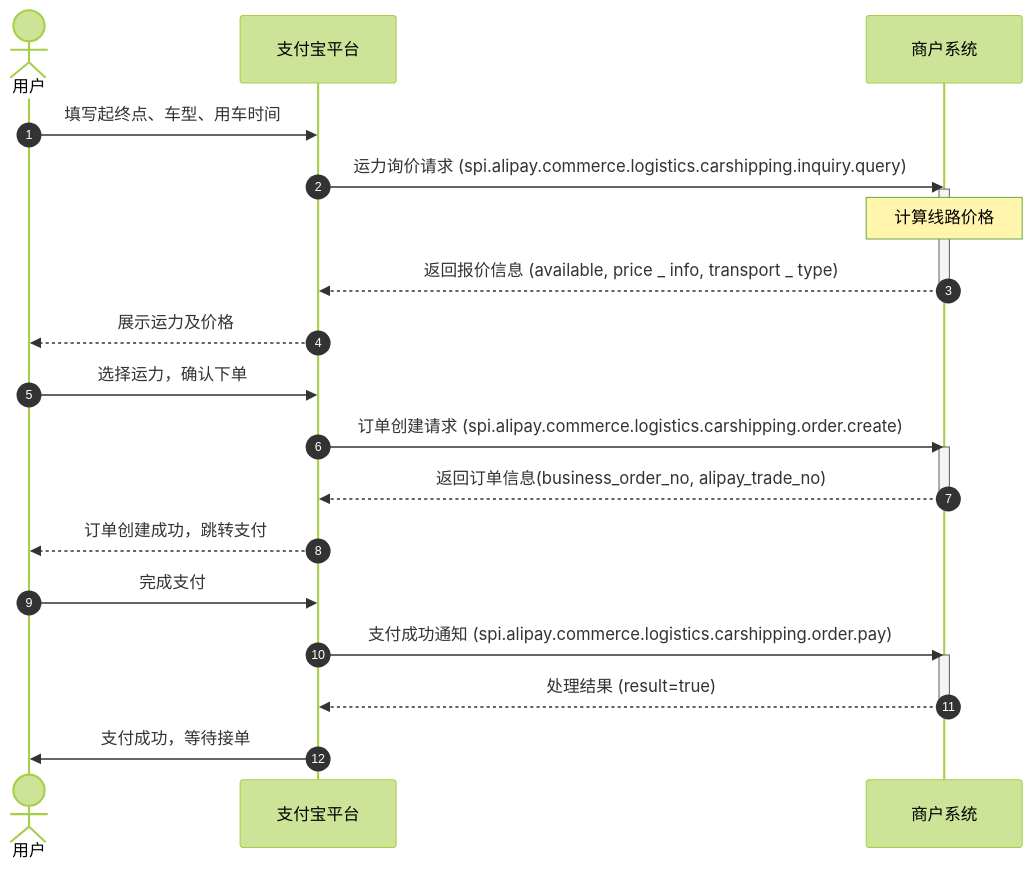
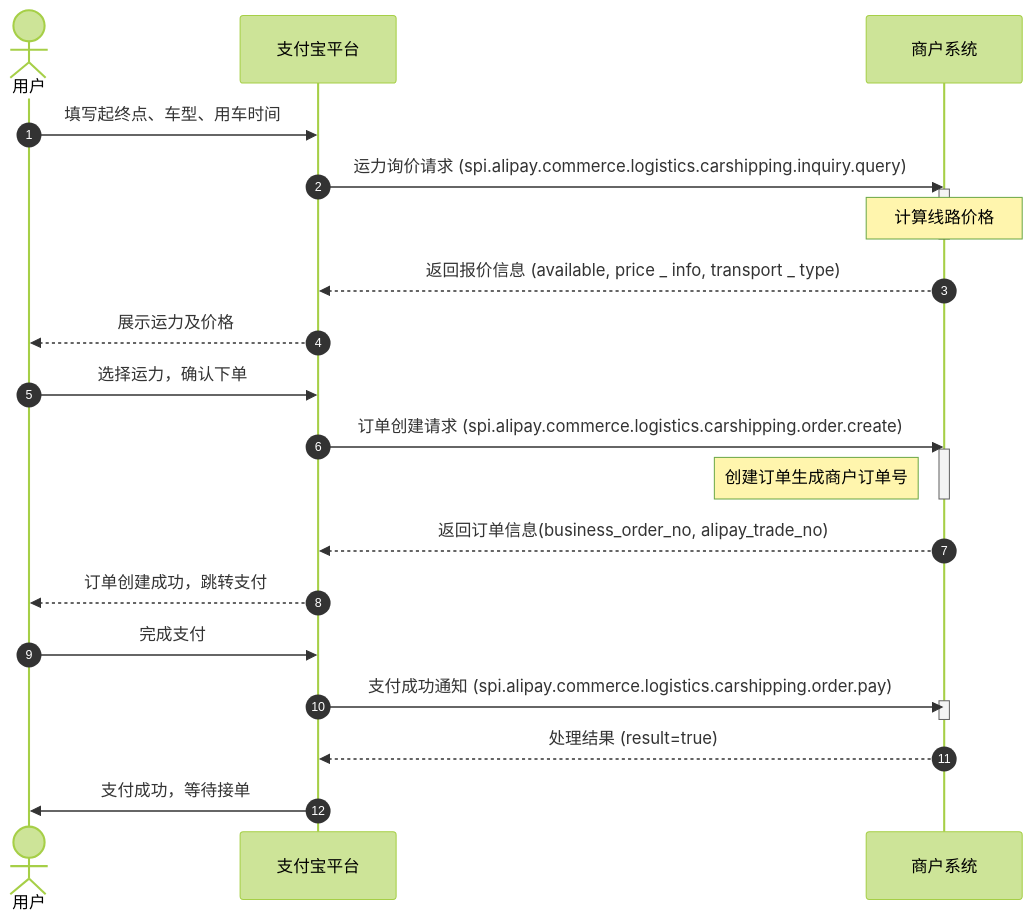
One commit to pingpm/mermaid_vault changed the diagram in mmd/test_dba1b258-be6a-414c-9967-aedbcccfa44f.mmd. Above: the diagram before and after it, drawn with Mermaid (forest theme). The commit also changed 2 other files, not shown here.

Commit message:
Sync Mermaid Studio data (8 diagrams)

```diff
--- a/mmd/test_dba1b258-be6a-414c-9967-aedbcccfa44f.mmd
+++ b/mmd/test_dba1b258-be6a-414c-9967-aedbcccfa44f.mmd
@@ -1,24 +1,25 @@
 sequenceDiagram
   autonumber
   actor p0 as 用户
   participant p1 as 支付宝平台
   participant p2 as 商户系统
   p0->>p1: 填写起终点、⻋型、⽤⻋时间
   p1->>p2: 运⼒询价请求 (spi.alipay.commerce.logistics.carshipping.inquiry.query)
   activate p2
   Note over p2: 计算线路价格
+  deactivate p2
   p2-->>p1: 返回报价信息 (available, price _ info, transport _ type)
-  deactivate p2
   p1-->>p0: 展示运⼒及价格
   p0->>p1: 选择运⼒，确认下单
   p1->>p2: 订单创建请求 (spi.alipay.commerce.logistics.carshipping.order.create)
   activate p2
+  Note left of p2: 创建订单⽣成商户订单号
+  deactivate p2
   p2-->>p1: 返回订单信息(business_order_no, alipay_trade_no)
-  deactivate p2
   p1-->>p0: 订单创建成功，跳转⽀付
   p0->>p1: 完成⽀付
   p1->>p2: ⽀付成功通知 (spi.alipay.commerce.logistics.carshipping.order.pay)
   activate p2
+  deactivate p2
   p2-->>p1: 处理结果 (result=true)
-  deactivate p2
   p1->>p0: ⽀付成功，等待接单
```
